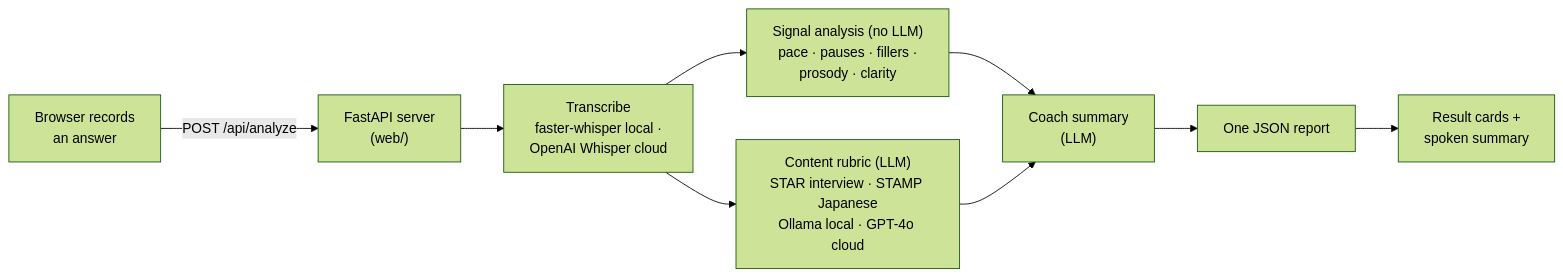
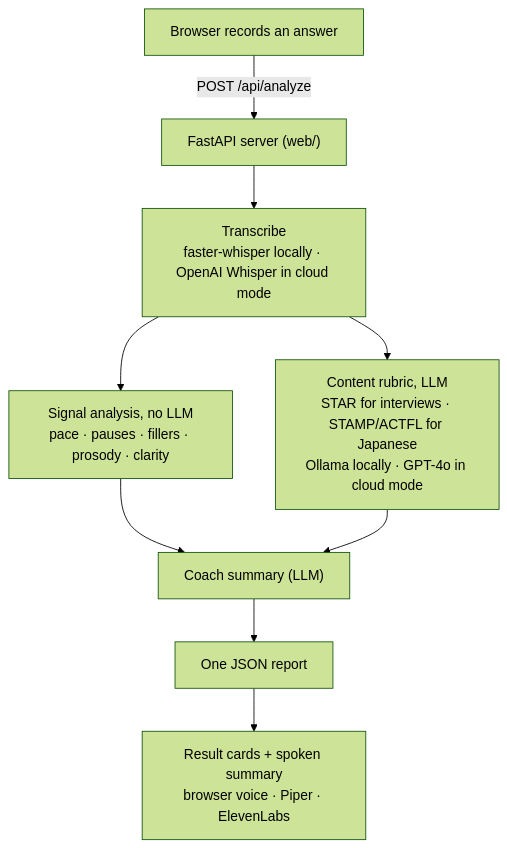
One commit to monahand1023/rehearsal changed the diagram in README.md. Above: the diagram before and after it, drawn with Mermaid (forest theme).

Commit message:
docs: lay the pipeline diagram out top-to-bottom so it is legible at README width
Claude-Session: https://claude.ai/code/session_01F49yxtc8h5Jj4TxAyanvoV

````diff
--- a/README.md
+++ b/README.md
@@ -80,11 +80,11 @@
 ```mermaid
-flowchart LR
-    Rec["Browser records<br/>an answer"] -->|"POST /api/analyze"| API["FastAPI server<br/>(web/)"]
-    API --> Tx["Transcribe<br/>faster-whisper local ·<br/>OpenAI Whisper cloud"]
-    Tx --> Sig["Signal analysis (no LLM)<br/>pace · pauses · fillers ·<br/>prosody · clarity"]
-    Tx --> Con["Content rubric (LLM)<br/>STAR interview · STAMP Japanese<br/>Ollama local · GPT-4o cloud"]
-    Sig --> Coach["Coach summary<br/>(LLM)"]
+flowchart TB
+    Rec["Browser records an answer"] -->|"POST /api/analyze"| API["FastAPI server (web/)"]
+    API --> Tx["Transcribe<br/>faster-whisper locally · OpenAI Whisper in cloud mode"]
+    Tx --> Sig["Signal analysis, no LLM<br/>pace · pauses · fillers · prosody · clarity"]
+    Tx --> Con["Content rubric, LLM<br/>STAR for interviews · STAMP/ACTFL for Japanese<br/>Ollama locally · GPT-4o in cloud mode"]
+    Sig --> Coach["Coach summary (LLM)"]
     Con --> Coach
     Coach --> Rep["One JSON report"]
-    Rep --> UI["Result cards +<br/>spoken summary"]
+    Rep --> UI["Result cards + spoken summary<br/>browser voice · Piper · ElevenLabs"]
 ```
````
